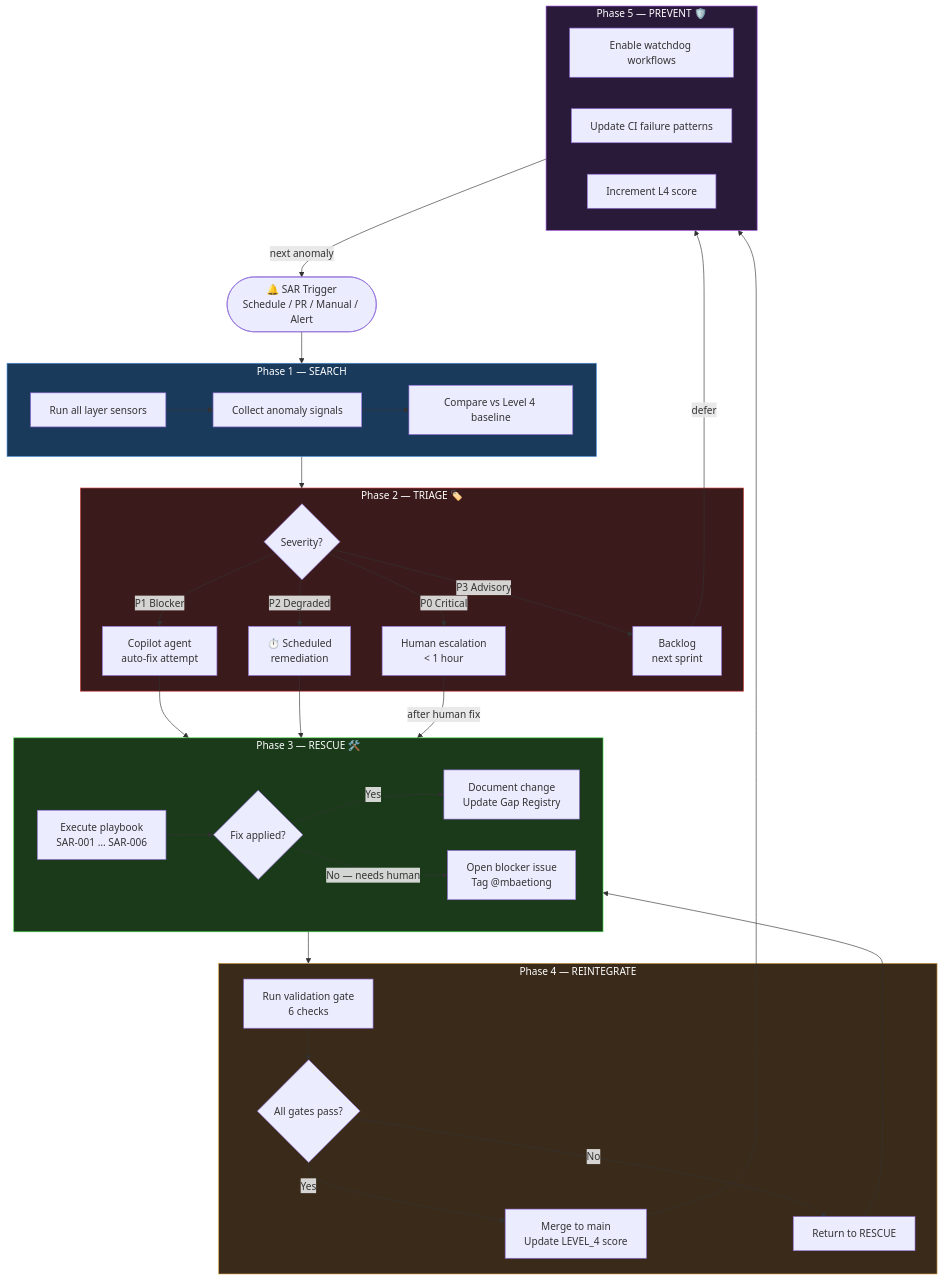
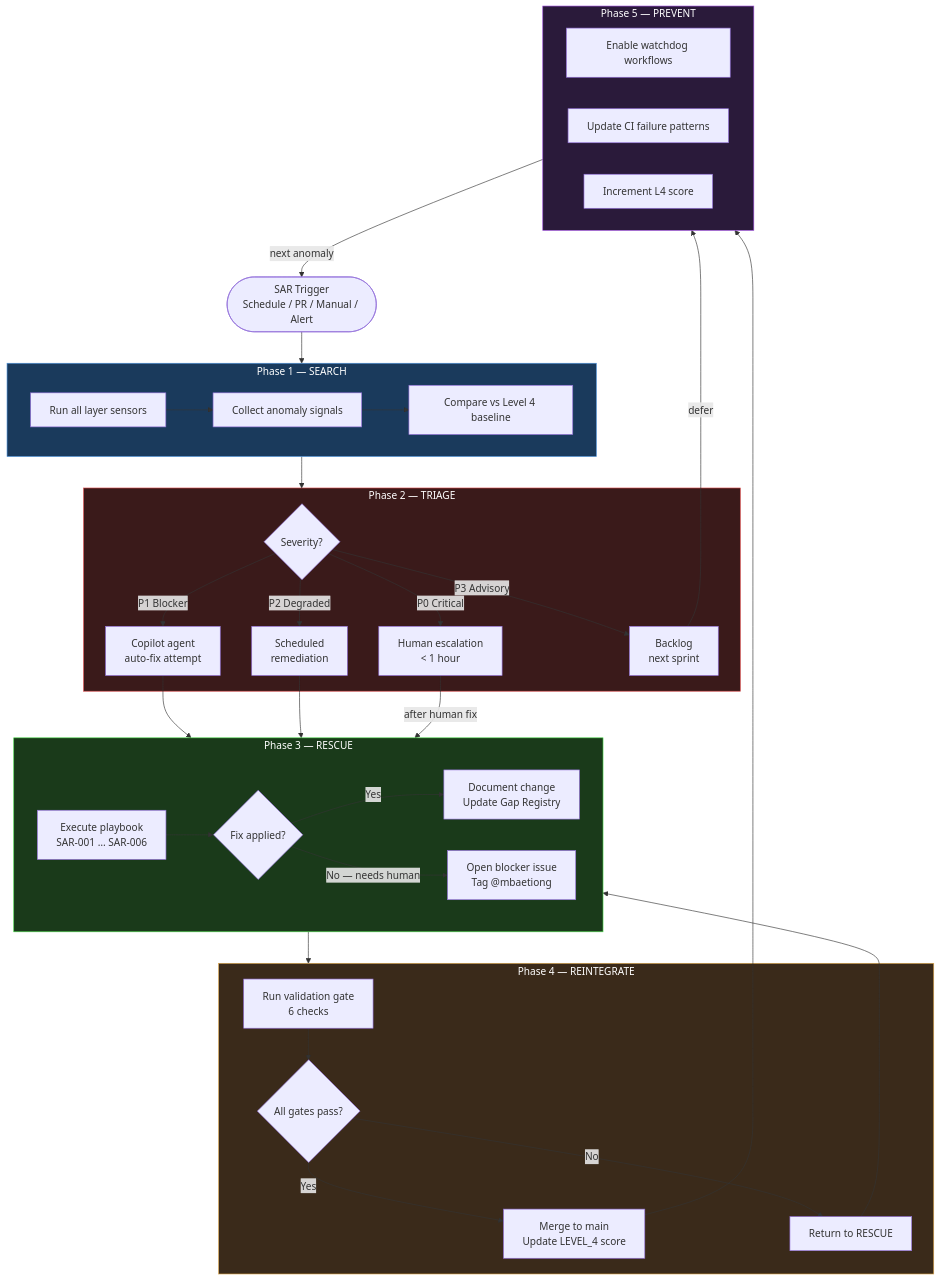
One commit to Aries-Serpent/_codex_ changed the fourth of 17 diagrams in docs/ops/SAR_METHODOLOGY.md. Above: the diagram before and after it, drawn with Mermaid. The commit also changed other lines of this file and 4117 other files, not shown here.

````diff
--- a/docs/ops/SAR_METHODOLOGY.md
+++ b/docs/ops/SAR_METHODOLOGY.md
@@ -157,53 +165,75 @@
 ```mermaid
-%%{init: {'accessibility': {'title': 'Flowchart showing 🔔 SAR Trigger\nSchedule / PR / Manual / Alert, "Phase 1 — SEARCH "'}}%%
+%%{init: {'accessibility': {'title': 'Flowchart showing SAR Trigger\nSchedule / PR / Manual / Alert, "Phase 1 — SEARCH "'}}%%
+
 flowchart TD
-    TRIGGER([🔔 SAR Trigger\nSchedule / PR / Manual / Alert]) --> SEARCH
 
-    subgraph SEARCH["Phase 1 — SEARCH "]
-        S1[Run all layer sensors] --> S2[Collect anomaly signals]
-        S2 --> S3[Compare vs Level 4 baseline]
-    end
+ TRIGGER([ SAR Trigger\nSchedule / PR / Manual / Alert]) --> SEARCH
 
-    subgraph TRIAGE["Phase 2 — TRIAGE 🏷️"]
-        T1{Severity?}
-        T1 -->|P0 Critical| T_P0[ Human escalation\n< 1 hour]
-        T1 -->|P1 Blocker| T_P1[ Copilot agent\nauto-fix attempt]
-        T1 -->|P2 Degraded| T_P2[⏱️ Scheduled\nremediation]
-        T1 -->|P3 Advisory| T_P3[ Backlog\nnext sprint]
-    end
+ subgraph SEARCH["Phase 1 — SEARCH "]
 
-    subgraph RESCUE["Phase 3 — RESCUE 🛠️"]
-        R1[Execute playbook\nSAR-001 … SAR-006]
-        R1 --> R2{Fix applied?}
-        R2 -->|Yes| R3[Document change\nUpdate Gap Registry]
-        R2 -->|No — needs human| R4[Open blocker issue\nTag @mbaetiong]
-    end
+ S1[Run all layer sensors] --> S2[Collect anomaly signals]
 
-    subgraph REINTEGRATE["Phase 4 — REINTEGRATE "]
-        V1[Run validation gate\n6 checks] --> V2{All gates pass?}
-        V2 -->|Yes| V3[Merge to main\nUpdate LEVEL_4 score]
-        V2 -->|No| V4[Return to RESCUE]
-    end
+ S2 --> S3[Compare vs Level 4 baseline]
+ end
 
-    subgraph PREVENT["Phase 5 — PREVENT 🛡️"]
-        P1[Enable watchdog workflows]
-        P2[Update CI failure patterns]
-        P3[Increment L4 score]
-    end
+ subgraph TRIAGE["Phase 2 — TRIAGE "]
+ T1{Severity?}
 
-    SEARCH --> TRIAGE
-    T_P1 --> RESCUE
-    T_P2 --> RESCUE
-    T_P3 -->|defer| PREVENT
-    T_P0 -->|after human fix| RESCUE
-    RESCUE --> REINTEGRATE
-    V3 --> PREVENT
-    V4 --> RESCUE
-    PREVENT -->|next anomaly| TRIGGER
+ T1 -->|P0 Critical| T_P0[ Human escalation\n< 1 hour]
 
-    style SEARCH fill:#1a3a5c,stroke:#4a90d9,color:#fff
-    style TRIAGE fill:#3a1a1a,stroke:#d94a4a,color:#fff
-    style RESCUE fill:#1a3a1a,stroke:#4ad94a,color:#fff
-    style REINTEGRATE fill:#3a2a1a,stroke:#d9a44a,color:#fff
-    style PREVENT fill:#2a1a3a,stroke:#9a4ad9,color:#fff
+ T1 -->|P1 Blocker| T_P1[ Copilot agent\nauto-fix attempt]
+
+ T1 -->|P2 Degraded| T_P2[ Scheduled\nremediation]
+
+ T1 -->|P3 Advisory| T_P3[ Backlog\nnext sprint]
+ end
+
+ subgraph RESCUE["Phase 3 — RESCUE "]
+ R1[Execute playbook\nSAR-001 … SAR-006]
+
+ R1 --> R2{Fix applied?}
+
+ R2 -->|Yes| R3[Document change\nUpdate Gap Registry]
+
+ R2 -->|No — needs human| R4[Open blocker issue\nTag @mbaetiong]
+ end
+
+ subgraph REINTEGRATE["Phase 4 — REINTEGRATE "]
+
+ V1[Run validation gate\n6 checks] --> V2{All gates pass?}
+
+ V2 -->|Yes| V3[Merge to main\nUpdate LEVEL_4 score]
+
+ V2 -->|No| V4[Return to RESCUE]
+ end
+
+ subgraph PREVENT["Phase 5 — PREVENT "]
+ P1[Enable watchdog workflows]
+ P2[Update CI failure patterns]
+ P3[Increment L4 score]
+ end
+
+ SEARCH --> TRIAGE
+
+ T_P1 --> RESCUE
+
+ T_P2 --> RESCUE
+
+ T_P3 -->|defer| PREVENT
+
+ T_P0 -->|after human fix| RESCUE
+
+ RESCUE --> REINTEGRATE
+
+ V3 --> PREVENT
+
+ V4 --> RESCUE
+
+ PREVENT -->|next anomaly| TRIGGER
+
+ style SEARCH fill:#1a3a5c,stroke:#4a90d9,color:#fff
+ style TRIAGE fill:#3a1a1a,stroke:#d94a4a,color:#fff
+ style RESCUE fill:#1a3a1a,stroke:#4ad94a,color:#fff
+ style REINTEGRATE fill:#3a2a1a,stroke:#d9a44a,color:#fff
+ style PREVENT fill:#2a1a3a,stroke:#9a4ad9,color:#fff
 ```
````
